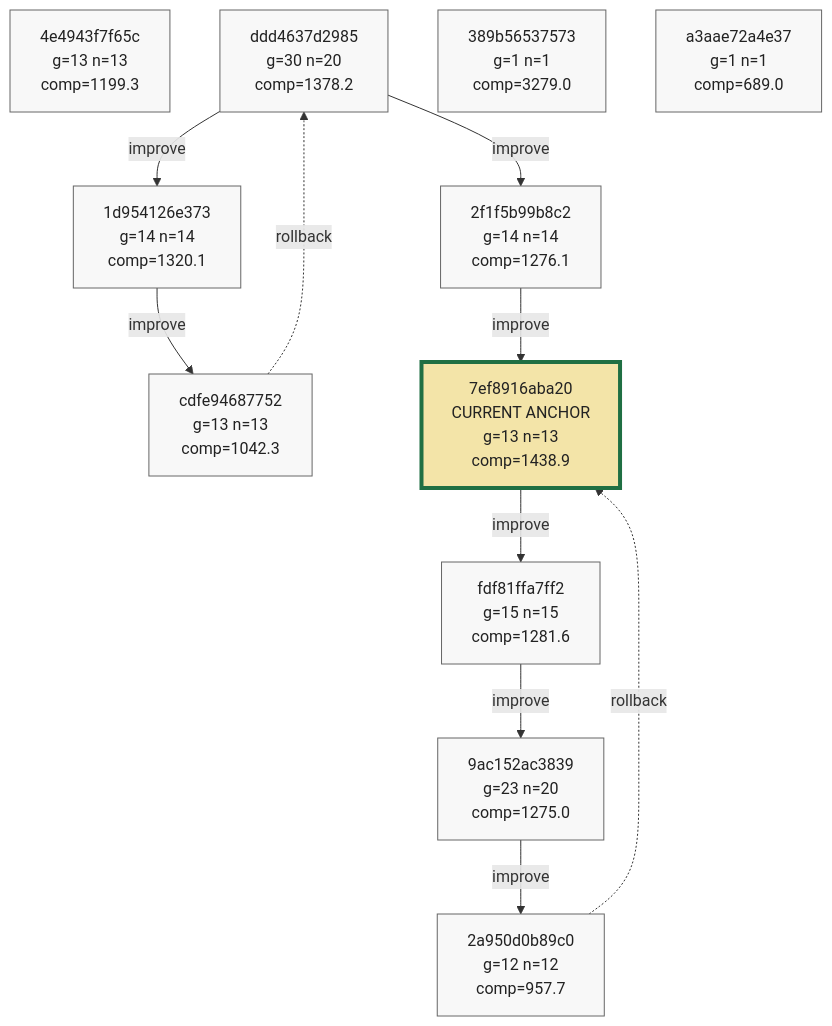
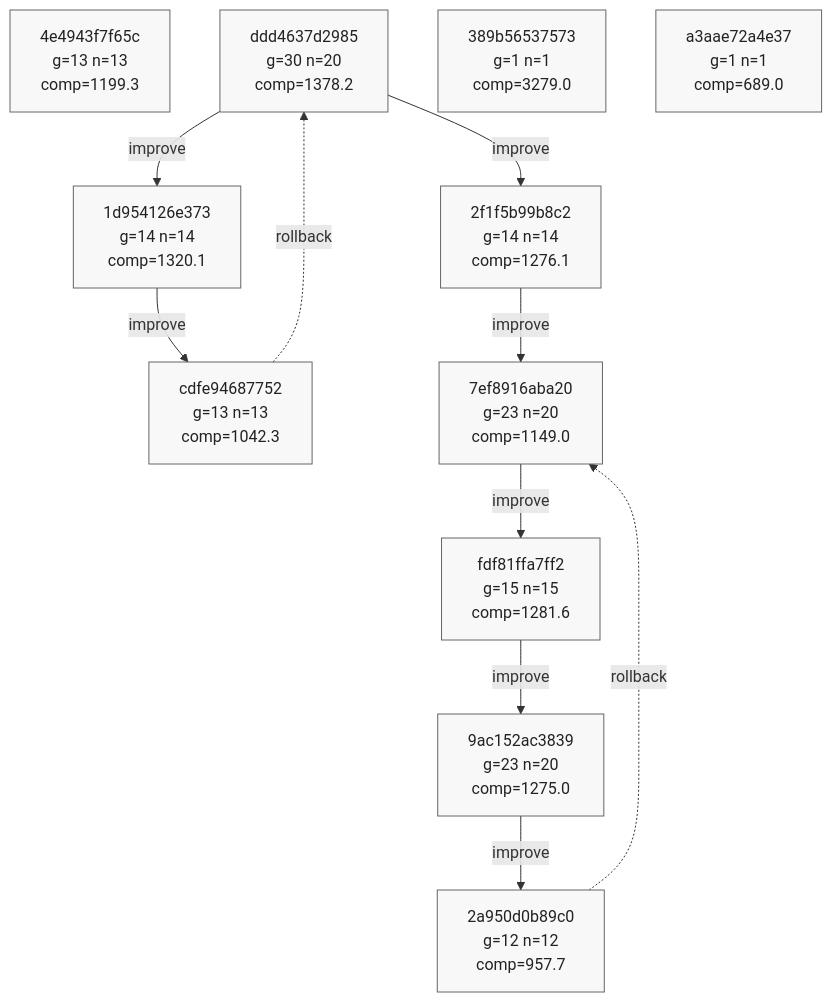
The ninth of 9 diagrams in phyrogenetic-tree.md (azumag/soviet_now), drawn with Mermaid before and after one commit. The commit also changed other lines of this file and 2 other files, not shown here.

````diff
--- a/phyrogenetic-tree.md
+++ b/phyrogenetic-tree.md
@@ -2234,41 +2237,41 @@
 ```mermaid
 flowchart TD
     h_4e4943f7f65c["4e4943f7f65c<br/>g=13 n=13<br/>comp=1199.3"]
     h_ddd4637d2985["ddd4637d2985<br/>g=30 n=20<br/>comp=1378.2"]
     h_1d954126e373["1d954126e373<br/>g=14 n=14<br/>comp=1320.1"]
     h_cdfe94687752["cdfe94687752<br/>g=13 n=13<br/>comp=1042.3"]
     h_2f1f5b99b8c2["2f1f5b99b8c2<br/>g=14 n=14<br/>comp=1276.1"]
-    h_7ef8916aba20["7ef8916aba20<br/>CURRENT ANCHOR<br/>g=13 n=13<br/>comp=1438.9"]
+    h_7ef8916aba20["7ef8916aba20<br/>g=23 n=20<br/>comp=1149.0"]
     h_fdf81ffa7ff2["fdf81ffa7ff2<br/>g=15 n=15<br/>comp=1281.6"]
     h_9ac152ac3839["9ac152ac3839<br/>g=23 n=20<br/>comp=1275.0"]
     h_2a950d0b89c0["2a950d0b89c0<br/>g=12 n=12<br/>comp=957.7"]
     h_389b56537573["389b56537573<br/>g=1 n=1<br/>comp=3279.0"]
     h_a3aae72a4e37["a3aae72a4e37<br/>g=1 n=1<br/>comp=689.0"]
 
     h_ddd4637d2985 -->|improve| h_1d954126e373
     h_1d954126e373 -->|improve| h_cdfe94687752
     h_cdfe94687752 -. rollback .-> h_ddd4637d2985
     h_ddd4637d2985 -->|improve| h_2f1f5b99b8c2
     h_2f1f5b99b8c2 -->|improve| h_7ef8916aba20
     h_7ef8916aba20 -->|improve| h_fdf81ffa7ff2
     h_fdf81ffa7ff2 -->|improve| h_9ac152ac3839
     h_9ac152ac3839 -->|improve| h_2a950d0b89c0
     h_2a950d0b89c0 -. rollback .-> h_7ef8916aba20
 
     classDef plain fill:#f8f8f8,stroke:#666,stroke-width:1px,color:#222;
     classDef current fill:#ffe8a3,stroke:#9a6700,stroke-width:3px,color:#222;
     classDef anchor fill:#d7f5dd,stroke:#1f6f43,stroke-width:3px,color:#222;
     classDef current_anchor fill:#f3e4a8,stroke:#1f6f43,stroke-width:4px,color:#222;
 
     class h_4e4943f7f65c plain;
     class h_ddd4637d2985 plain;
     class h_1d954126e373 plain;
     class h_cdfe94687752 plain;
     class h_2f1f5b99b8c2 plain;
-    class h_7ef8916aba20 current_anchor;
+    class h_7ef8916aba20 plain;
     class h_fdf81ffa7ff2 plain;
     class h_9ac152ac3839 plain;
     class h_2a950d0b89c0 plain;
     class h_389b56537573 plain;
     class h_a3aae72a4e37 plain;
 ```
````
